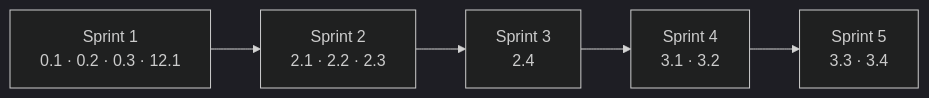
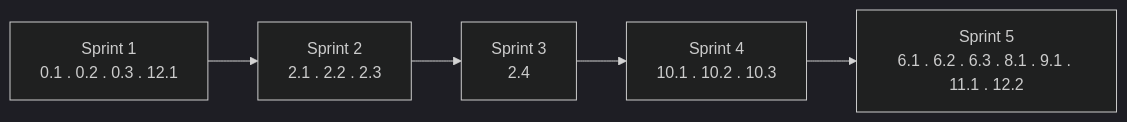
One commit to ahliweb/awcms-mini changed the second of 2 diagrams in docs/awcms-mini/06_github_issues_detail.md. Above: the diagram before and after it, drawn with Mermaid (dark theme). The commit also changed other lines of this file and 8 other files, not shown here.

````diff
--- a/docs/awcms-mini/06_github_issues_detail.md
+++ b/docs/awcms-mini/06_github_issues_detail.md
@@ -385,7 +238,7 @@
 ```mermaid
 flowchart LR
-  S1[Sprint 1<br/>0.1 · 0.2 · 0.3 · 12.1] --> S2[Sprint 2<br/>2.1 · 2.2 · 2.3]
+  S1[Sprint 1<br/>0.1 . 0.2 . 0.3 . 12.1] --> S2[Sprint 2<br/>2.1 . 2.2 . 2.3]
   S2 --> S3[Sprint 3<br/>2.4]
-  S3 --> S4[Sprint 4<br/>3.1 · 3.2]
-  S4 --> S5[Sprint 5<br/>3.3 · 3.4]
+  S3 --> S4[Sprint 4<br/>10.1 . 10.2 . 10.3]
+  S4 --> S5[Sprint 5<br/>6.1 . 6.2 . 6.3 . 8.1 . 9.1 . 11.1 . 12.2]
 ```
````
